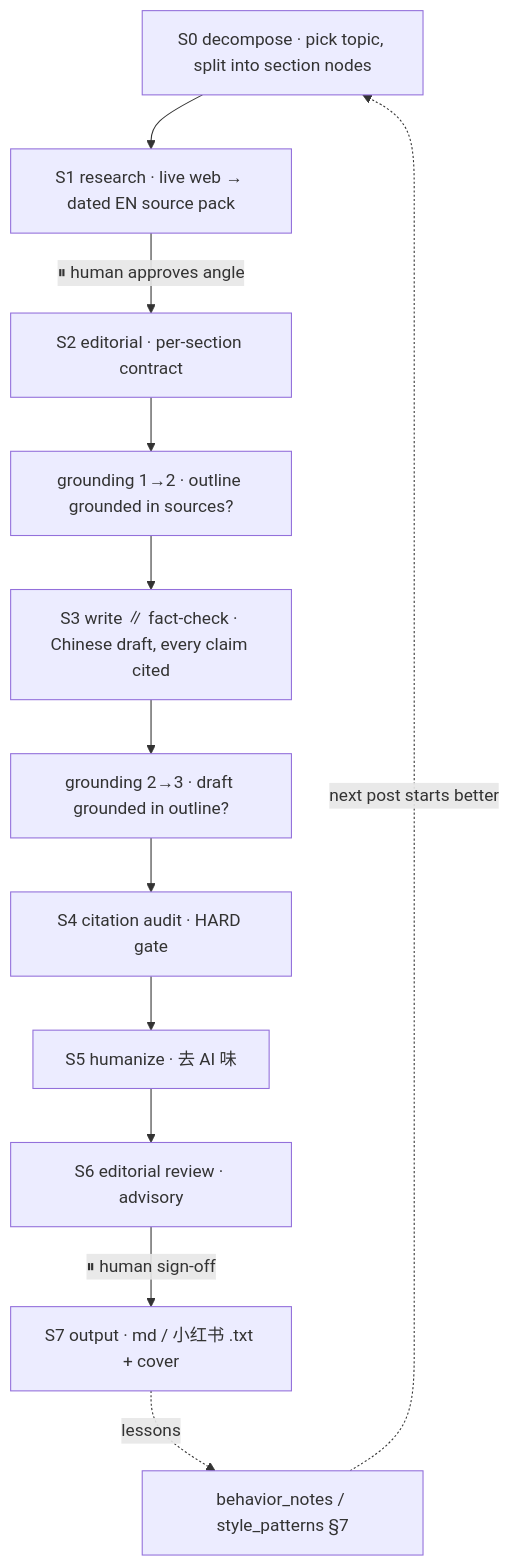
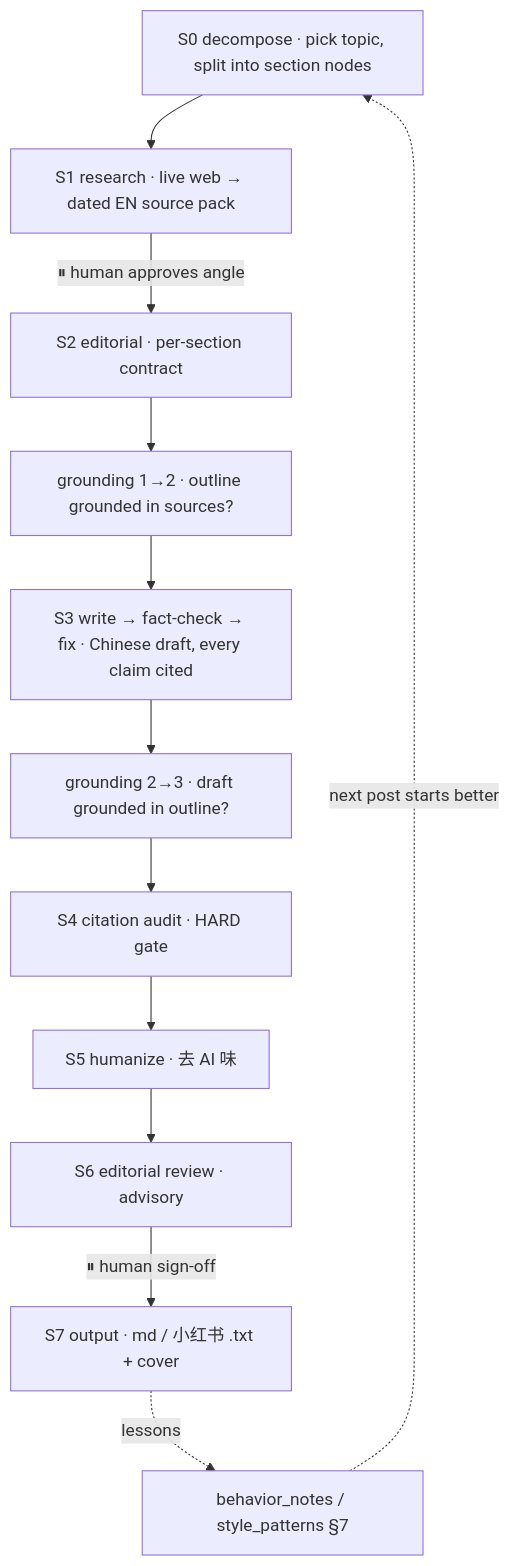
One commit to hy2272/ai_blog_writer changed the diagram in README.md. Above: the diagram before and after it, drawn with Mermaid. The commit also changed other lines of this file and 38 other files, not shown here.

First line of the commit message:
Strengthen agent gates and growth architecture (#2)

````diff
--- a/README.md
+++ b/README.md
@@ -48,14 +49,14 @@
 ```mermaid
 flowchart TD
   S0[S0 decompose · pick topic, split into section nodes] --> S1[S1 research · live web → dated EN source pack]
   S1 -->|⏸ human approves angle| S2[S2 editorial · per-section contract]
   S2 --> G1[grounding 1→2 · outline grounded in sources?]
-  G1 --> S3[S3 write ∥ fact-check · Chinese draft, every claim cited]
+  G1 --> S3[S3 write → fact-check → fix · Chinese draft, every claim cited]
   S3 --> G2[grounding 2→3 · draft grounded in outline?]
   G2 --> S4[S4 citation audit · HARD gate]
   S4 --> S5[S5 humanize · 去 AI 味]
   S5 --> S6[S6 editorial review · advisory]
   S6 -->|⏸ human sign-off| S7[S7 output · md / 小红书 .txt + cover]
   S7 -.lessons.-> NOTE[behavior_notes / style_patterns §7]
   NOTE -.next post starts better.-> S0
 ```
````
